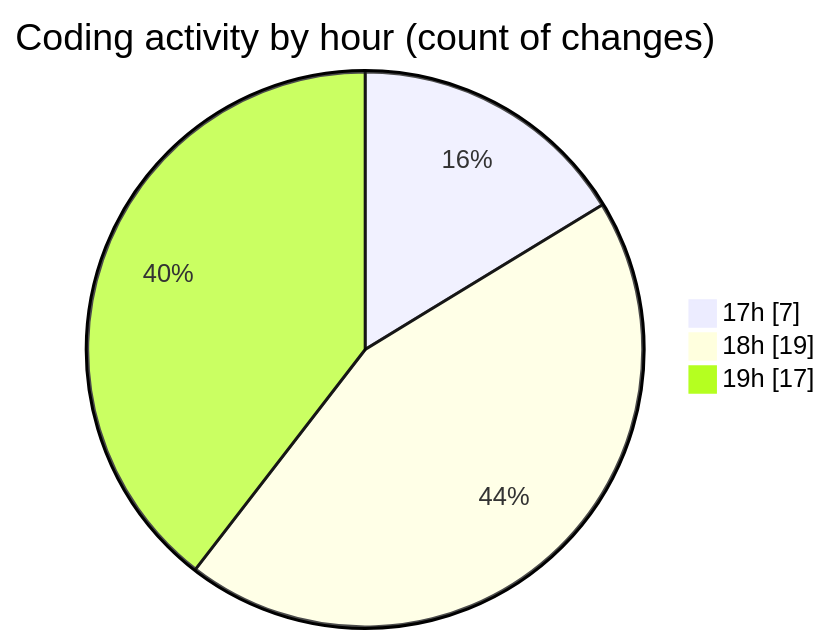
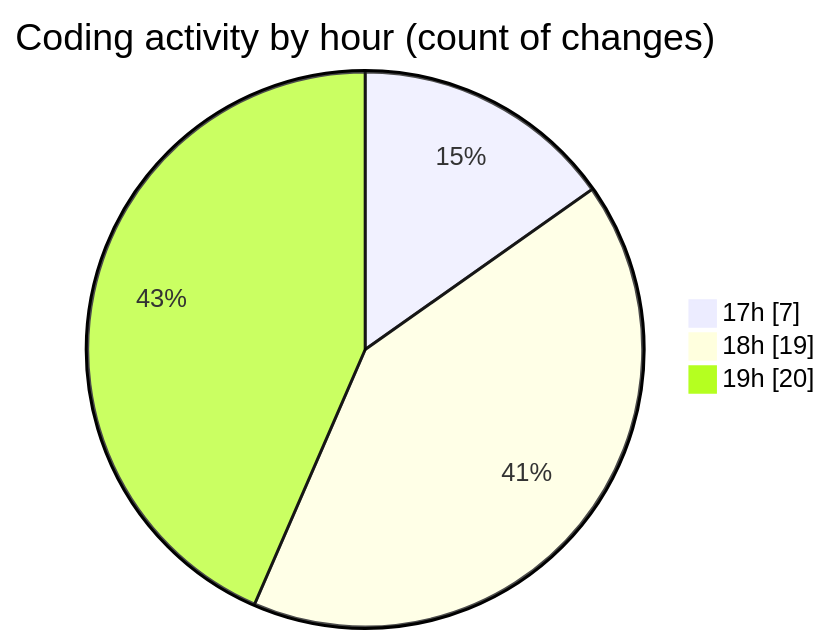
The second of 2 diagrams in 2025-05-22/expensetracker/README.md (Ritupan-Deka/code-tracking), drawn with Mermaid before and after one commit. The commit also changed other lines of this file and 1 other file, not shown here.

````diff
--- a/2025-05-22/expensetracker/README.md
+++ b/2025-05-22/expensetracker/README.md
@@ -40,7 +40,7 @@
 ```mermaid
 pie showData
 title Coding activity by hour (count of changes)
 "17h" : 7
 "18h" : 19
-"19h" : 17
+"19h" : 20
 ```
````
